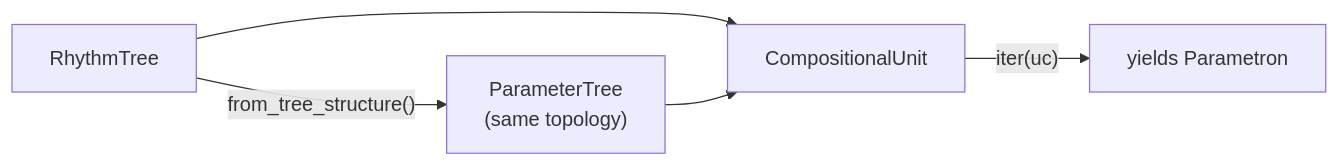
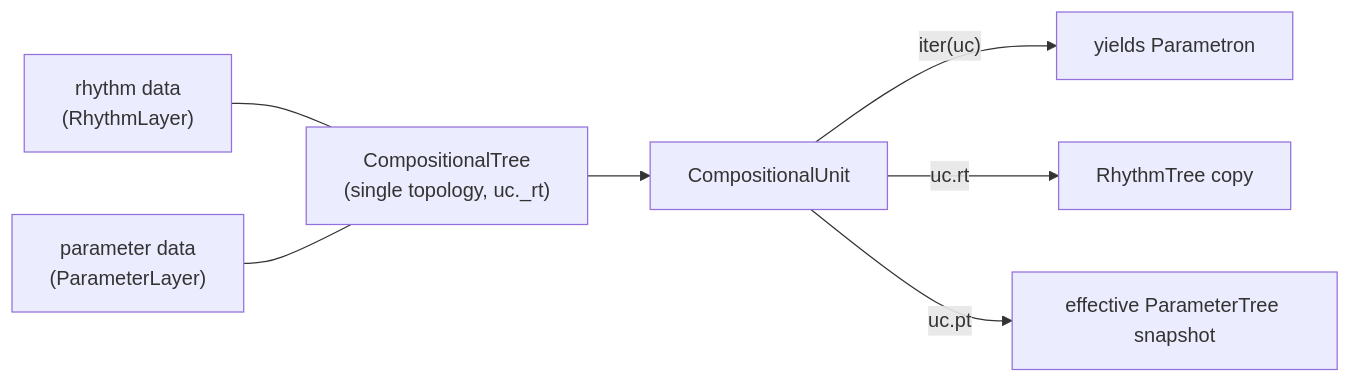
Before and after one commit to kr4g/Klotho: the eighth of 9 diagrams in docs/architecture/05_THETOS.md, drawn with Mermaid. The commit also changed other lines of this file and 13 other files, not shown here.

First line of the commit message:
Overhaul architecture docs for Klotho 10.x API

````diff
--- a/docs/architecture/05_THETOS.md
+++ b/docs/architecture/05_THETOS.md
@@ -391,7 +463,9 @@
 ```mermaid
 flowchart LR
-    RT["RhythmTree"] -->|"from_tree_structure()"| PT["ParameterTree<br/>(same topology)"]
-    RT --> UC["CompositionalUnit"]
-    PT --> UC
+    RT["rhythm data<br/>(RhythmLayer)"] --- CT["CompositionalTree<br/>(single topology, uc._rt)"]
+    PT["parameter data<br/>(ParameterLayer)"] --- CT
+    CT --> UC["CompositionalUnit"]
     UC -->|"iter(uc)"| P["yields Parametron"]
+    UC -->|"uc.rt"| RTC["RhythmTree copy"]
+    UC -->|"uc.pt"| PTS["effective ParameterTree snapshot"]
 ```
````
